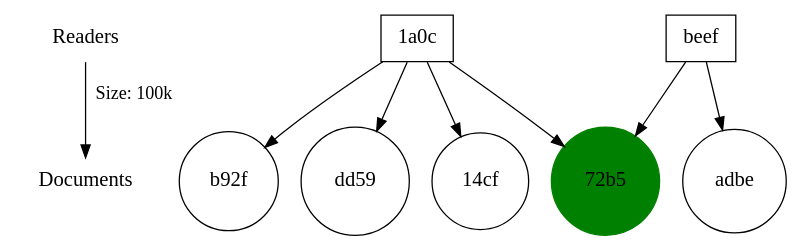
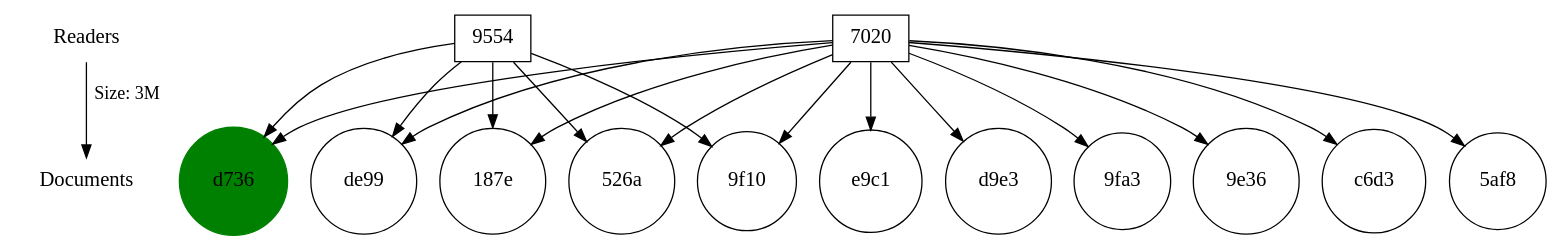
One commit to duncstin/F21SC_Coursework2 changed the diagram in test-output.gv. Above: the diagram before and after it, drawn with Graphviz. The commit also changed 11 other files, not shown here.

```diff
--- a/test-output.gv
+++ b/test-output.gv
@@ -1,23 +1,59 @@
 strict digraph "Also likes" {
 	node [fontsize=16 shape=plaintext]
 	r [label=Readers]
 	d [label=Documents]
-	r -> d [label="Size: 100k"]
-	"72b5" [label="72b5" color=green rank=d shape=circle style=filled]
-	"14cf" [label="14cf" rank=d shape=circle]
-	"1a0c" [label="1a0c" rank=r shape=box]
-	"1a0c" -> "14cf"
-	"1a0c" -> "72b5"
-	b92f [label=b92f rank=d shape=circle]
-	"1a0c" [label="1a0c" rank=r shape=box]
-	"1a0c" -> b92f
-	"1a0c" -> "72b5"
-	dd59 [label=dd59 rank=d shape=circle]
-	"1a0c" [label="1a0c" rank=r shape=box]
-	"1a0c" -> dd59
-	"1a0c" -> "72b5"
-	adbe [label=adbe rank=d shape=circle]
-	beef [label=beef rank=r shape=box]
-	beef -> adbe
-	beef -> "72b5"
+	r -> d [label="Size: 3M"]
+	d736 [label=d736 color=green rank=d shape=circle style=filled]
+	de99 [label=de99 rank=d shape=circle]
+	9554 [label=9554 rank=r shape=box]
+	9554 -> de99
+	9554 -> d736
+	7020 [label=7020 rank=r shape=box]
+	7020 -> de99
+	7020 -> d736
+	"187e" [label="187e" rank=d shape=circle]
+	9554 [label=9554 rank=r shape=box]
+	9554 -> "187e"
+	9554 -> d736
+	7020 [label=7020 rank=r shape=box]
+	7020 -> "187e"
+	7020 -> d736
+	"526a" [label="526a" rank=d shape=circle]
+	9554 [label=9554 rank=r shape=box]
+	9554 -> "526a"
+	9554 -> d736
+	7020 [label=7020 rank=r shape=box]
+	7020 -> "526a"
+	7020 -> d736
+	"9f10" [label="9f10" rank=d shape=circle]
+	9554 [label=9554 rank=r shape=box]
+	9554 -> "9f10"
+	9554 -> d736
+	7020 [label=7020 rank=r shape=box]
+	7020 -> "9f10"
+	7020 -> d736
+	e9c1 [label=e9c1 rank=d shape=circle]
+	7020 [label=7020 rank=r shape=box]
+	7020 -> e9c1
+	7020 -> d736
+	d9e3 [label=d9e3 rank=d shape=circle]
+	7020 [label=7020 rank=r shape=box]
+	7020 -> d9e3
+	7020 -> d736
+	"9fa3" [label="9fa3" rank=d shape=circle]
+	7020 [label=7020 rank=r shape=box]
+	7020 -> "9fa3"
+	7020 -> d736
+	"9e36" [label="9e36" rank=d shape=circle]
+	7020 [label=7020 rank=r shape=box]
+	7020 -> "9e36"
+	7020 -> d736
+	c6d3 [label=c6d3 rank=d shape=circle]
+	7020 [label=7020 rank=r shape=box]
+	7020 -> c6d3
+	7020 -> d736
+	"5af8" [label="5af8" rank=d shape=circle]
+	7020 [label=7020 rank=r shape=box]
+	7020 -> "5af8"
+	7020 -> d736
 }
```
